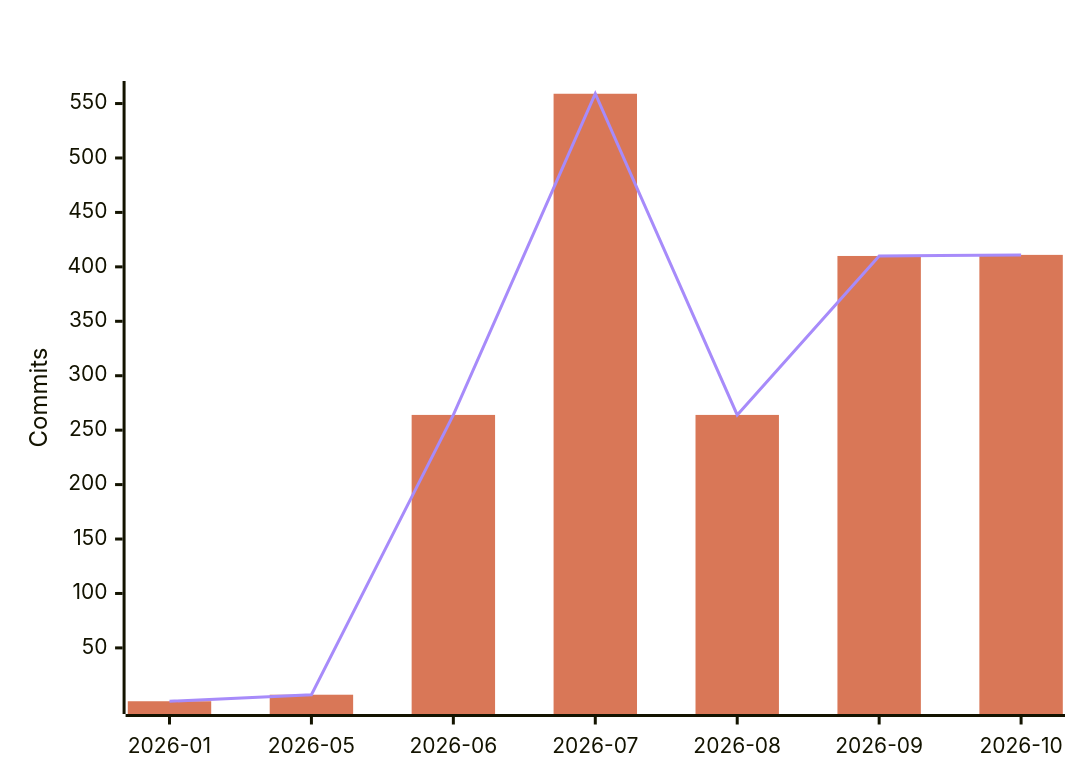
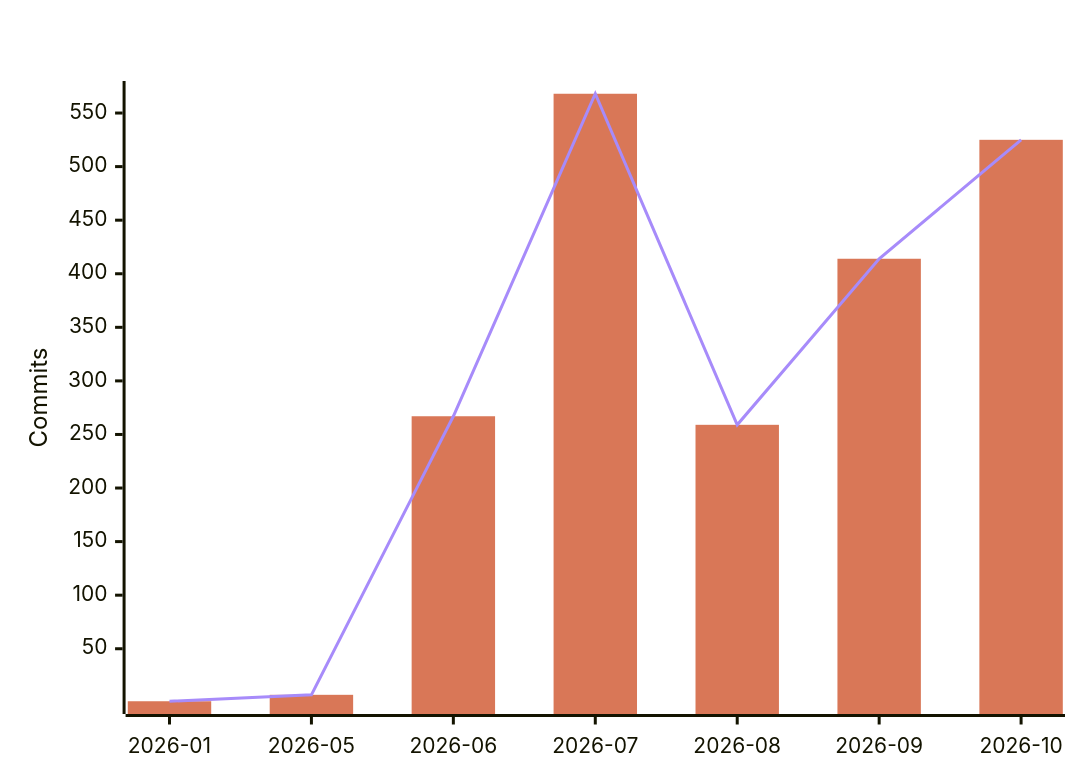
Before and after one commit to polo-nyan/polo-nyan: the fourth of 7 diagrams in README.md, drawn with Mermaid. The commit also changed other lines of this file and 1 other file, not shown here.

````diff
--- a/README.md
+++ b/README.md
@@ -294,9 +294,9 @@
 ```mermaid
 %%{init: {"xyChart": {"titleColor": "#ffffff", "xAxisLabelColor": "#ffffff", "yAxisLabelColor": "#ffffff"}, "themeVariables": {"xyChart": {"titleColor": "#ffffff", "plotColorPalette": "#d97757, #a78bfa"}}}}%%
 xychart-beta
     title "AI-Assisted Commits Per Month"
     x-axis ["2026-01", "2026-05", "2026-06", "2026-07", "2026-08", "2026-09", "2026-10"]
     y-axis "Commits"
-    bar [1, 7, 264, 559, 264, 410, 411]
-    line [1, 7, 264, 559, 264, 410, 411]
+    bar [1, 7, 267, 568, 259, 414, 525]
+    line [1, 7, 267, 568, 259, 414, 525]
 ```
````
